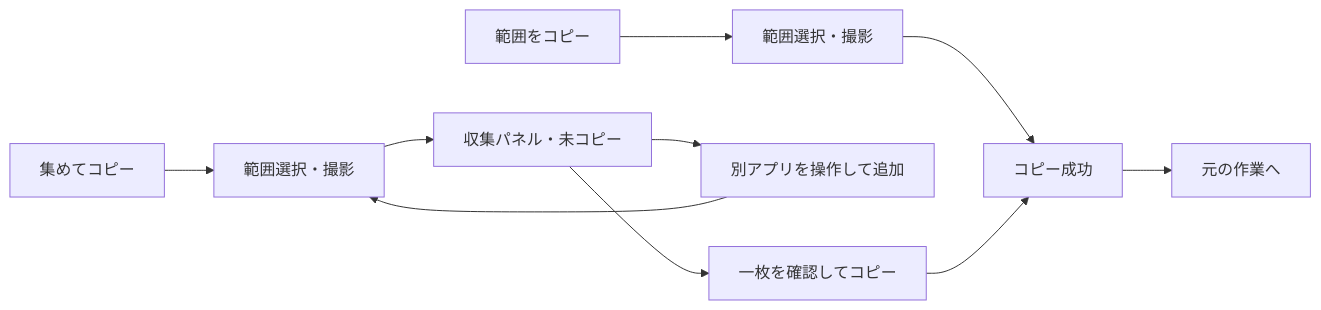
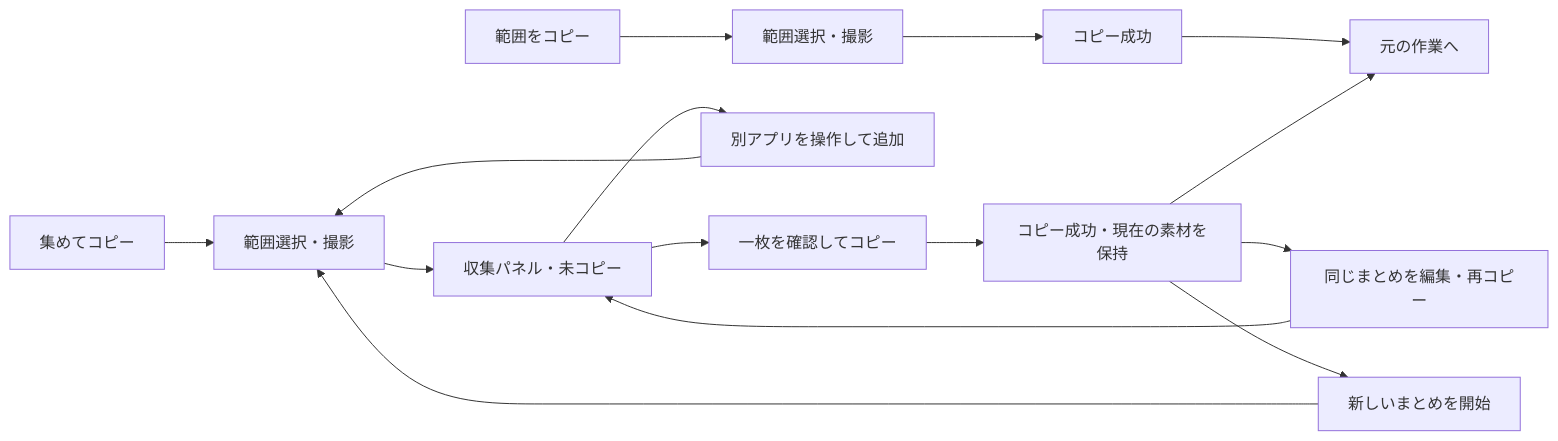
The diagram in docs/ROADMAP.md (TaigaShinohara/OneClip), drawn with Mermaid before and after one commit. The commit also changed other lines of this file and 13 other files, not shown here.

````diff
--- a/docs/ROADMAP.md
+++ b/docs/ROADMAP.md
@@ -122,7 +126,10 @@
 ```mermaid
 flowchart LR
   A["範囲をコピー"] --> B["範囲選択・撮影"] --> C["コピー成功"] --> D["元の作業へ"]
   E["集めてコピー"] --> F["範囲選択・撮影"] --> G["収集パネル・未コピー"]
   G --> H["別アプリを操作して追加"] --> F
-  G --> I["一枚を確認してコピー"] --> C
+  G --> I["一枚を確認してコピー"] --> J["コピー成功・現在の素材を保持"]
+  J --> D
+  J --> K["同じまとめを編集・再コピー"] --> G
+  J --> L["新しいまとめを開始"] --> F
 ```
````
